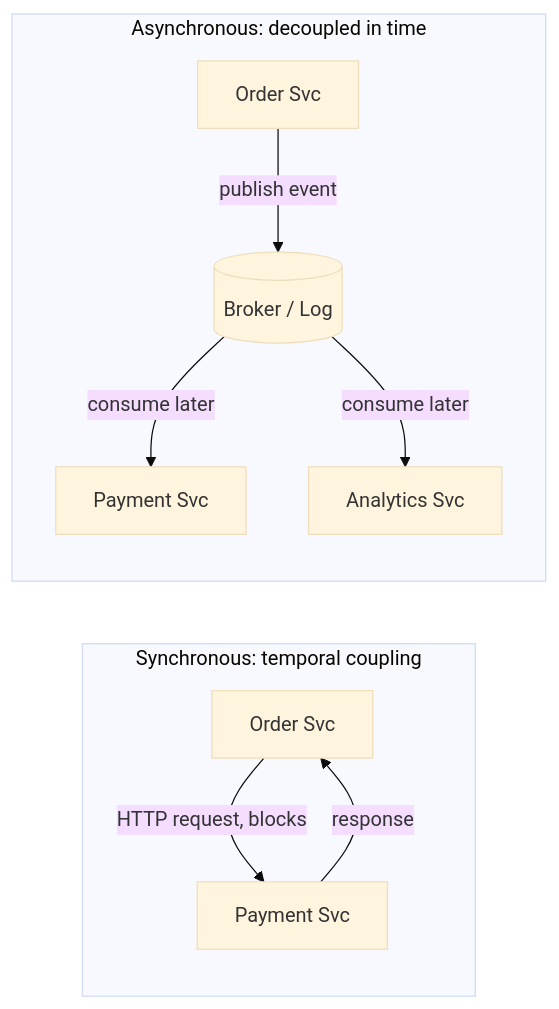
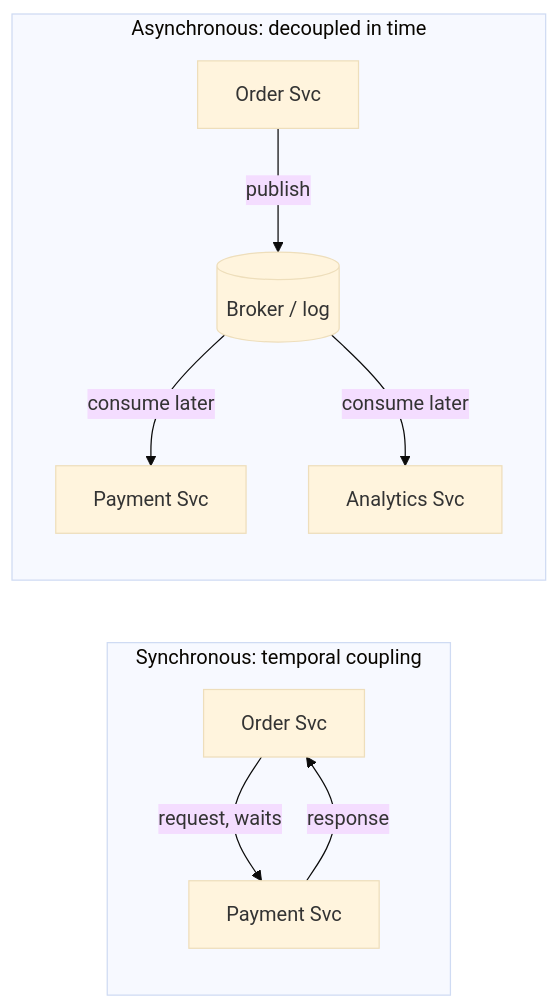
One commit to AndrewAltimit/Documentation changed the third of 10 diagrams in github-pages/docs/distributed-systems/microservices-and-event-driven.md. Above: the diagram before and after it, drawn with Mermaid (base theme). The commit also changed other lines of this file and 240 other files, not shown here.

````diff
--- a/github-pages/docs/distributed-systems/microservices-and-event-driven.md
+++ b/github-pages/docs/distributed-systems/microservices-and-event-driven.md
@@ -142,12 +90,12 @@
 ```mermaid
 flowchart LR
     subgraph Sync["Synchronous: temporal coupling"]
-      A1["Order Svc"] -->|"HTTP request, blocks"| B1["Payment Svc"]
+      A1["Order Svc"] -->|"request, waits"| B1["Payment Svc"]
       B1 -->|response| A1
     end
     subgraph Async["Asynchronous: decoupled in time"]
-      A2["Order Svc"] -->|publish event| Q[("Broker / Log")]
+      A2["Order Svc"] -->|publish| Q[("Broker / log")]
       Q -->|consume later| B2["Payment Svc"]
       Q -->|consume later| C2["Analytics Svc"]
     end
 ```
````
